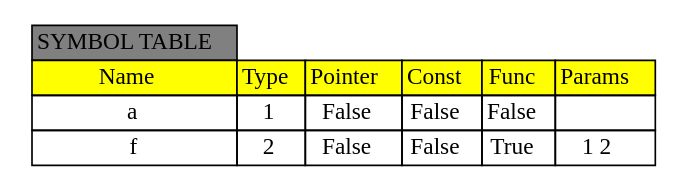
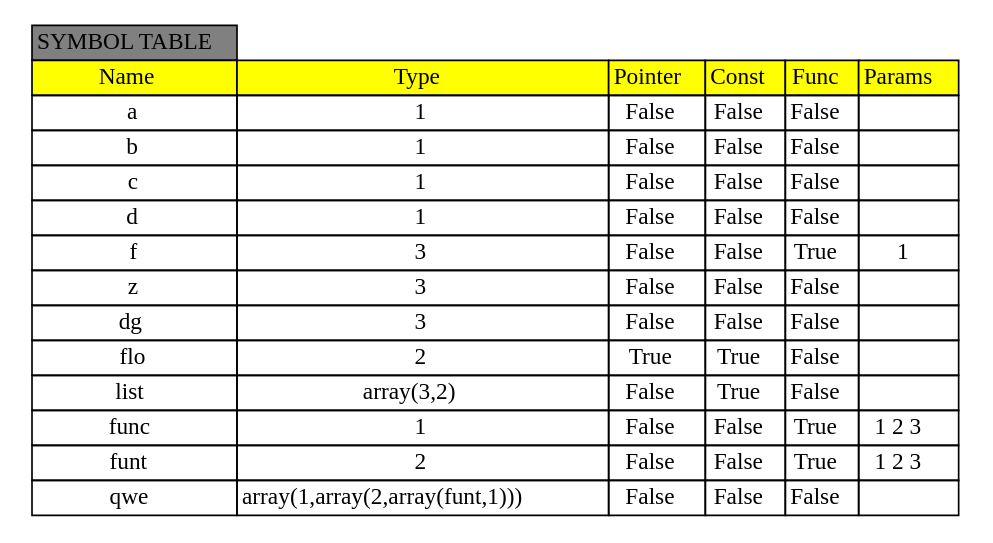
The diagram in grammar/C/.ST.dot (MarkVanAcker/C-to-P-compiler), drawn with Graphviz before and after one commit. The commit also changed 81 other files, not shown here.

```diff
--- a/grammar/C/.ST.dot
+++ b/grammar/C/.ST.dot
@@ -1,13 +1,13 @@
 digraph G
 {
     nodesep = 0.4;
     ranksep = 0.5;
     node [shape=plaintext]
 
-	ST123425392 [label=< <table border="0" cellborder="1" cellspacing="0">
+	ST139655841819784 [label=< <table border="0" cellborder="1" cellspacing="0">
         <tr><td bgcolor="grey" >SYMBOL TABLE</td></tr>
          <tr> <td bgcolor="yellow" >Name</td> <td bgcolor="yellow" >Type</td> <td bgcolor="yellow" >Pointer</td> <td bgcolor="yellow" >Const</td> <td bgcolor="yellow" >Func</td> <td bgcolor="yellow">Params</td></tr>
          
-<tr><td>a</td>  <td>1</td> <td>False</td> <td>False</td> <td>False</td> <td></td></tr><tr><td>f</td>  <td>2</td> <td>False</td> <td>False</td> <td>True</td> <td>1 2 </td></tr>
+<tr><td>a</td>  <td>1</td> <td>False</td> <td>False</td> <td>False</td> <td></td></tr><tr><td>b</td>  <td>1</td> <td>False</td> <td>False</td> <td>False</td> <td></td></tr><tr><td>c</td>  <td>1</td> <td>False</td> <td>False</td> <td>False</td> <td></td></tr><tr><td>d</td>  <td>1</td> <td>False</td> <td>False</td> <td>False</td> <td></td></tr><tr><td>f</td>  <td>3</td> <td>False</td> <td>False</td> <td>True</td> <td>1 </td></tr><tr><td>z</td>  <td>3</td> <td>False</td> <td>False</td> <td>False</td> <td></td></tr><tr><td>dg</td>  <td>3</td> <td>False</td> <td>False</td> <td>False</td> <td></td></tr><tr><td>flo</td>  <td>2</td> <td>True</td> <td>True</td> <td>False</td> <td></td></tr><tr><td>list</td>  <td>array(3,2)</td> <td>False</td> <td>True</td> <td>False</td> <td></td></tr><tr><td>func</td>  <td>1</td> <td>False</td> <td>False</td> <td>True</td> <td>1 2 3 </td></tr><tr><td>funt</td>  <td>2</td> <td>False</td> <td>False</td> <td>True</td> <td>1 2 3 </td></tr><tr><td>qwe</td>  <td>array(1,array(2,array(funt,1)))</td> <td>False</td> <td>False</td> <td>False</td> <td></td></tr>
  </table>>];
 }
```
